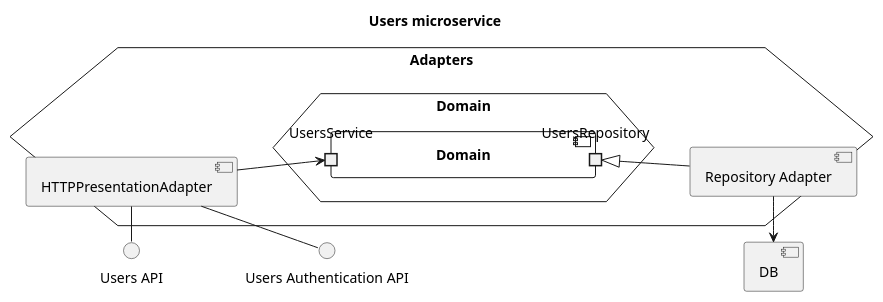
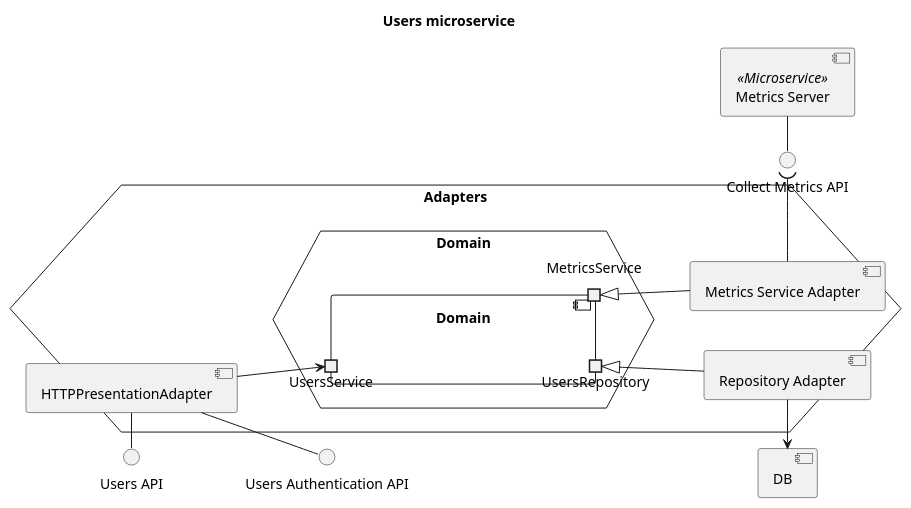
The diagram in doc/diagrams/src/users-components.puml (Ventus218/SAP-assignment-02), drawn with PlantUML before and after one commit. The commit also changed 11 other files, not shown here.

Commit message:
Added Metrics Server

```diff
--- a/doc/diagrams/src/users-components.puml
+++ b/doc/diagrams/src/users-components.puml
@@ -1,31 +1,40 @@
 @startuml users-components
 
 title "Users microservice"
 
 left to right direction
 
 component "DB"
 interface "Users API" as UsersAPI
 interface "Users Authentication API" as UsersAuthAPI
+interface "Collect Metrics API" as CollectMetricsAPI
 
 hexagon Adapters {
     hexagon Domain as DomainHex {
         component Domain {
             portout "UsersRepository" as Repo
+            portout MetricsService
             portin UsersService
         }
     }
 
     component "Repository Adapter" as RepoAdapter
     RepoAdapter -u-|> Repo
     RepoAdapter -l-> DB
+
+    component "Metrics Service Adapter" as MetricsAdapter
+    MetricsAdapter -u-|> MetricsService
+    MetricsAdapter -r-( CollectMetricsAPI
 
     component "HTTPPresentationAdapter" as HTTPAdapter
     HTTPAdapter -d-> UsersService
     HTTPAdapter -() UsersAPI
     HTTPAdapter -() UsersAuthAPI
     ' just for layout
     UsersAPI -[hidden]-> UsersAuthAPI
 }
 
+component "Metrics Server" as MetricsServer <<Microservice>>
+MetricsServer -r-() CollectMetricsAPI
+
 @enduml
```
